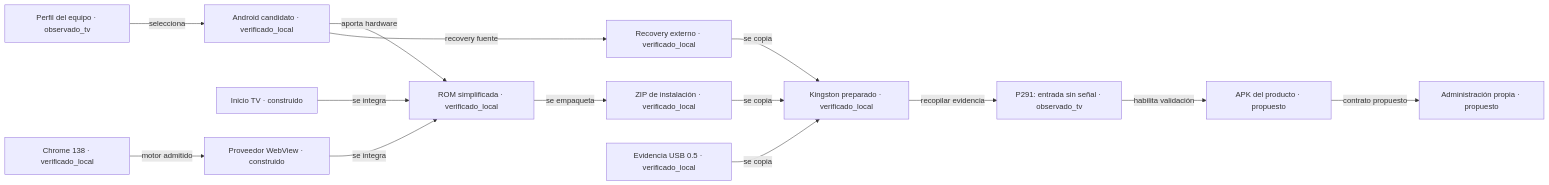
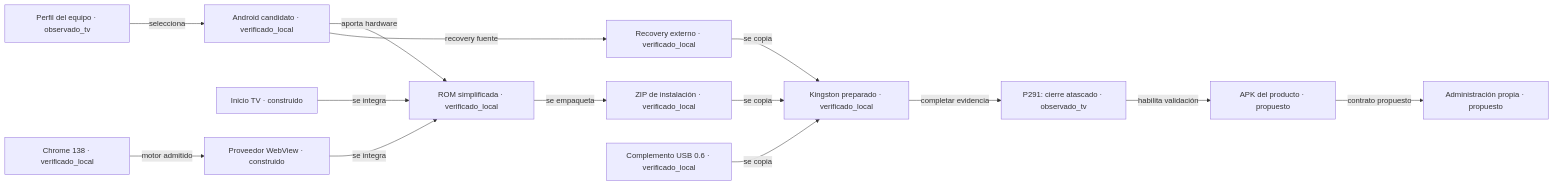
The diagram in docs/MAPA-ARCHIVOS.md (tablerosapp-ctrl/mxqpro4k), drawn with Mermaid before and after one commit. The commit also changed other lines of this file and 43 other files, not shown here.

````diff
--- a/docs/MAPA-ARCHIVOS.md
+++ b/docs/MAPA-ARCHIVOS.md
@@ -7,29 +7,29 @@
 ```mermaid
 flowchart LR
     C_PERFIL["Perfil del equipo · observado_tv"]
     C_BASE["Android candidato · verificado_local"]
     C_CHROME["Chrome 138 · verificado_local"]
     C_INICIO["Inicio TV · construido"]
     C_ROM["ROM simplificada · verificado_local"]
     C_WEB["Proveedor WebView · construido"]
     C_ZIP["ZIP de instalación · verificado_local"]
     C_REC["Recovery externo · verificado_local"]
-    C_ENTRY["Evidencia USB 0.5 · verificado_local"]
+    C_ENTRY["Complemento USB 0.6 · verificado_local"]
     C_USB["Kingston preparado · verificado_local"]
-    C_TV["P291: entrada sin señal · observado_tv"]
+    C_TV["P291: cierre atascado · observado_tv"]
     C_APP["APK del producto · propuesto"]
     C_GESTION["Administración propia · propuesto"]
     C_PERFIL -->|"selecciona"| C_BASE
     C_BASE -->|"aporta hardware"| C_ROM
     C_CHROME -->|"motor admitido"| C_WEB
     C_INICIO -->|"se integra"| C_ROM
     C_WEB -->|"se integra"| C_ROM
     C_ROM -->|"se empaqueta"| C_ZIP
     C_BASE -->|"recovery fuente"| C_REC
     C_ZIP -->|"se copia"| C_USB
     C_REC -->|"se copia"| C_USB
     C_ENTRY -->|"se copia"| C_USB
-    C_USB -->|"recopilar evidencia"| C_TV
+    C_USB -->|"completar evidencia"| C_TV
     C_TV -->|"habilita validación"| C_APP
     C_APP -->|"contrato propuesto"| C_GESTION
 ```
````
